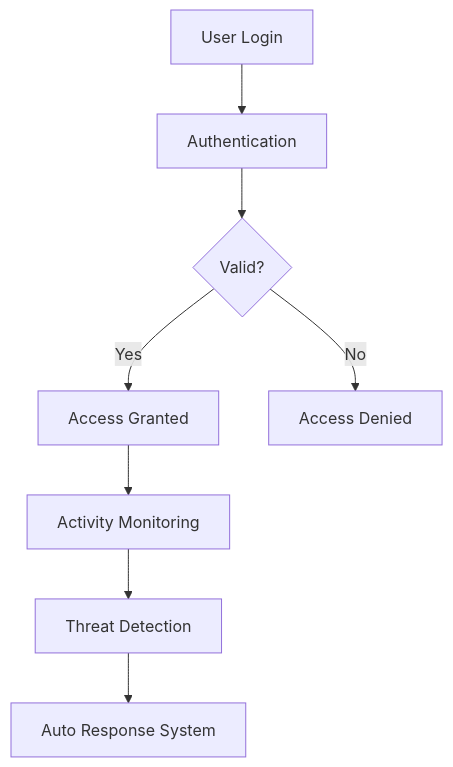
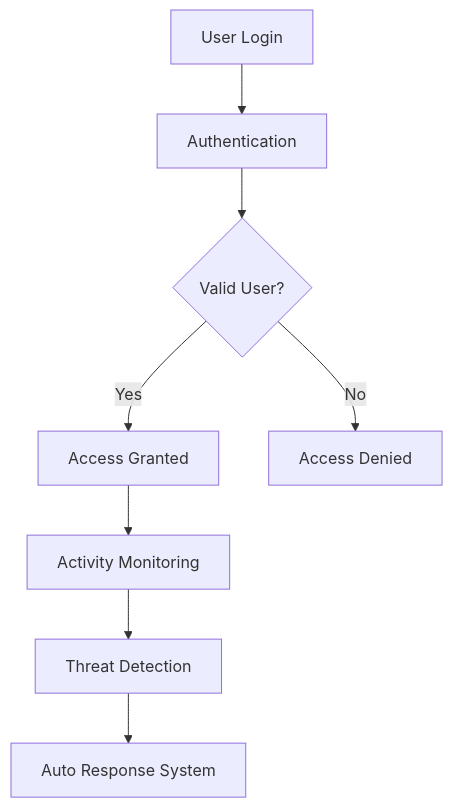
One commit to Daniwest-Tech-Ltd/justice-auto-haven changed the seventh of 7 diagrams in README.md. Above: the diagram before and after it, drawn with Mermaid. The commit also changed other lines of this file, not shown here.

````diff
--- a/README.md
+++ b/README.md
@@ -147,13 +179,12 @@
 ```mermaid
 flowchart TD
-
 A[User Login] --> B[Authentication]
-B --> C{Valid?}
+B --> C{Valid User?}
 
 C -->|Yes| D[Access Granted]
 C -->|No| E[Access Denied]
 
 D --> F[Activity Monitoring]
 F --> G[Threat Detection]
 G --> H[Auto Response System]
 ```
````
